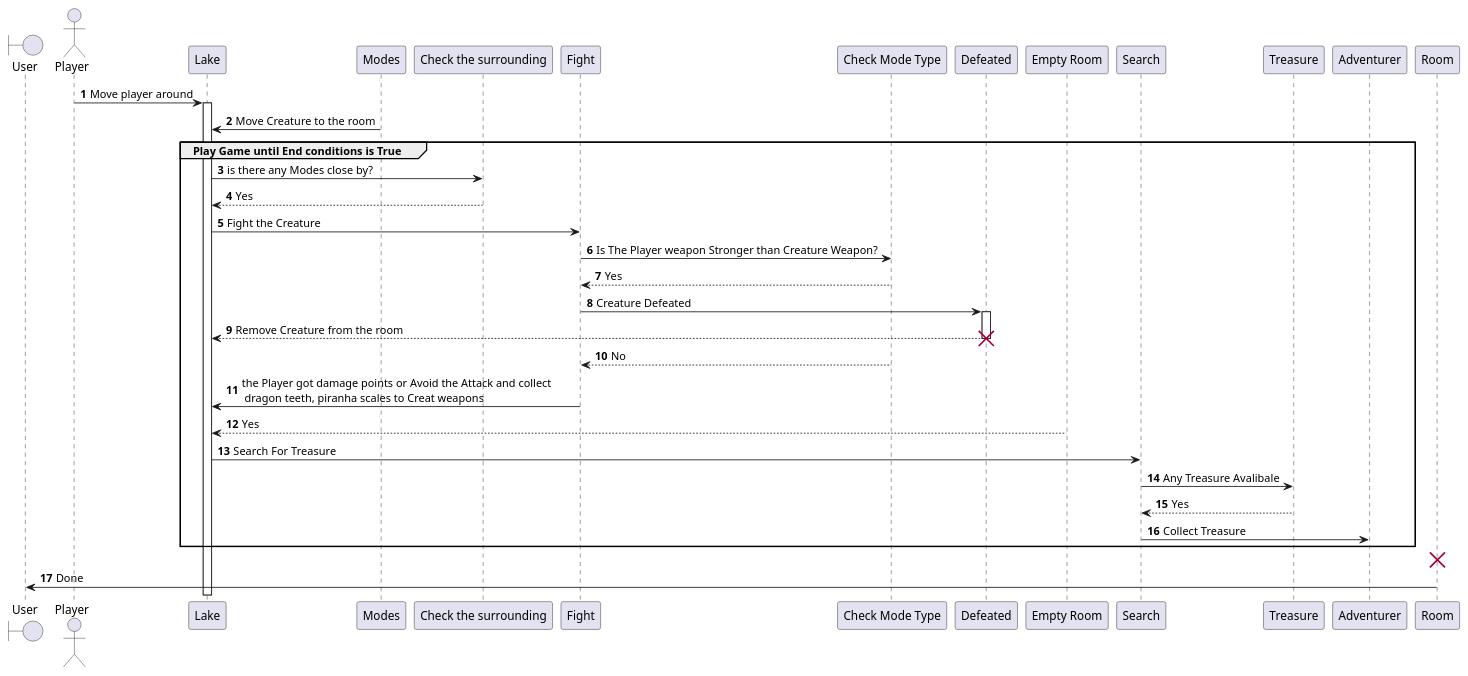
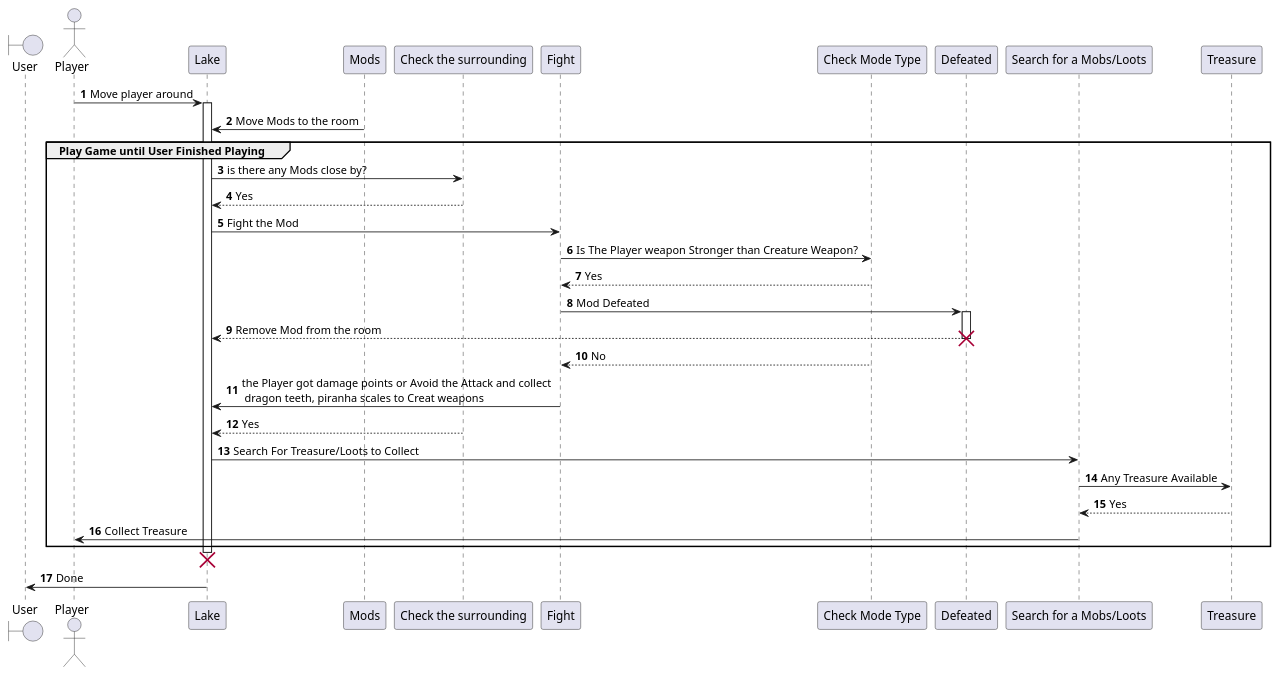
The diagram in Project5/lavaLakeSeqDigram.puml (mirnama/OOAD-spring22), drawn with PlantUML before and after one commit. The commit also changed 1 other file, not shown here.

Commit message:
Sequence Diagram done

```diff
--- a/Project5/lavaLakeSeqDigram.puml
+++ b/Project5/lavaLakeSeqDigram.puml
@@ -1,39 +1,39 @@
 @startuml
 'https://plantuml.com/sequence-diagram
 
 autonumber
 boundary " User"
 actor Player
 'actor Creature #red
 Player -> Lake: Move player around
 
 activate Lake
-Modes -> Lake: Move Creature to the room
-group Play Game until End conditions is True
-Lake -> "Check the surrounding": is there any Modes close by?
+Mods -> Lake: Move Mods to the room
+group Play Game until User Finished Playing
+Lake -> "Check the surrounding": is there any Mods close by?
 "Check the surrounding" --> Lake: Yes
-Lake -> Fight: Fight the Creature
+Lake -> Fight: Fight the Mod
 
 Fight -> "Check Mode Type": Is The Player weapon Stronger than Creature Weapon?
 "Check Mode Type" --> Fight: Yes
-Fight -> Defeated: Creature Defeated
+Fight -> Defeated: Mod Defeated
 activate Defeated
-Defeated --> Lake: Remove Creature from the room
+Defeated --> Lake: Remove Mod from the room
 destroy Defeated
 "Check Mode Type" --> Fight: No
 Fight -> Lake:  the Player got damage points or Avoid the Attack and collect \n dragon teeth, piranha scales to Creat weapons
-"Empty Room" --> Lake: Yes
+"Check the surrounding" --> Lake: Yes
 
-Lake -> Search: Search For Treasure
-Search -> Treasure: Any Treasure Avalibale
-Treasure --> Search: Yes
-Search -> Adventurer: Collect Treasure
+Lake -> "Search for a Mobs/Loots": Search For Treasure/Loots to Collect
+"Search for a Mobs/Loots" -> Treasure: Any Treasure Available
+Treasure --> "Search for a Mobs/Loots": Yes
+"Search for a Mobs/Loots" -> Player: Collect Treasure
 
 
 
 end
-deactivate Room
-destroy Room
+deactivate Lake
+destroy Lake
 
-Room ->" User": Done
+Lake ->" User": Done
 @enduml
```
